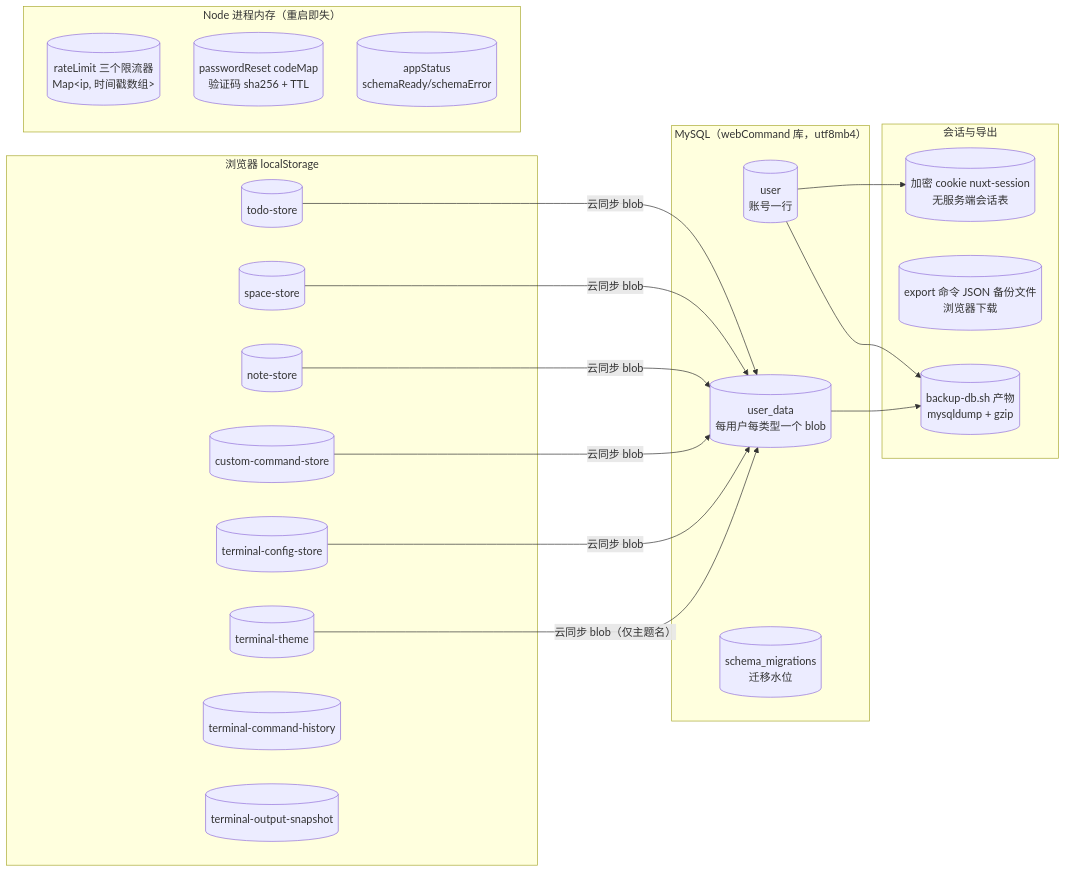
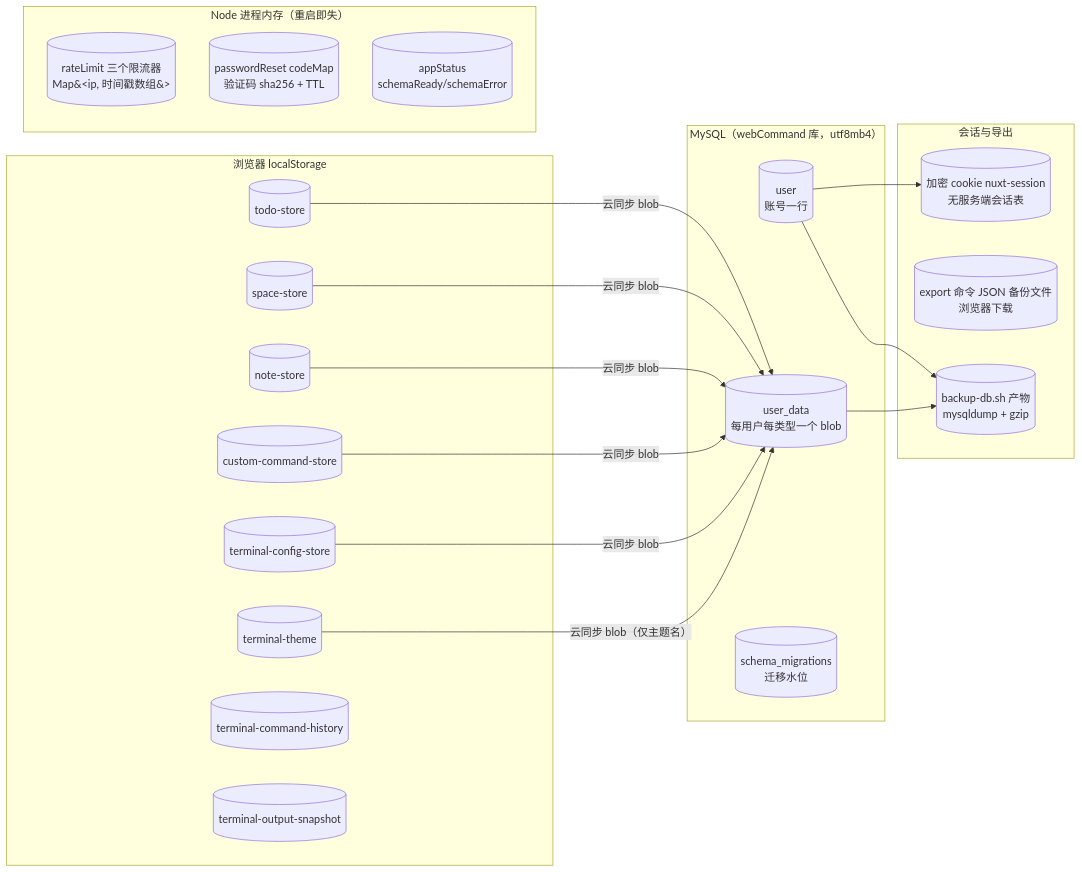
One commit to zhangzhengyang27/tech-codex changed the first of 3 diagrams in docs/13-项目文档/webCommand/04-数据模型.md. Above: the diagram before and after it, drawn with Mermaid. The commit also changed 195 other files, not shown here.

````diff
--- a/docs/13-项目文档/webCommand/04-数据模型.md
+++ b/docs/13-项目文档/webCommand/04-数据模型.md
@@ -15,37 +15,37 @@
 ```mermaid
 graph LR
     subgraph MySQL["MySQL（webCommand 库，utf8mb4）"]
         U[("user<br/>账号一行")]
         UD[("user_data<br/>每用户每类型一个 blob")]
         SM[("schema_migrations<br/>迁移水位")]
     end
     subgraph LS["浏览器 localStorage"]
         S1[("todo-store")]
         S2[("space-store")]
         S3[("note-store")]
         S4[("custom-command-store")]
         S5[("terminal-config-store")]
         S6[("terminal-theme")]
         H[("terminal-command-history")]
         SN[("terminal-output-snapshot")]
     end
     subgraph MEM["Node 进程内存（重启即失）"]
-        RL[("rateLimit 三个限流器<br/>Map&lt;ip, 时间戳数组&gt;")]
+        RL[("rateLimit 三个限流器<br/>Map&#60;ip, 时间戳数组&#62;")]
         PC[("passwordReset codeMap<br/>验证码 sha256 + TTL")]
         AS[("appStatus<br/>schemaReady/schemaError")]
     end
     subgraph CLIENT["会话与导出"]
         CK[("加密 cookie nuxt-session<br/>无服务端会话表")]
         BJ[("export 命令 JSON 备份文件<br/>浏览器下载")]
         DB[("backup-db.sh 产物<br/>mysqldump + gzip")]
     end
     S1 -- "云同步 blob" --> UD
     S2 -- "云同步 blob" --> UD
     S3 -- "云同步 blob" --> UD
     S4 -- "云同步 blob" --> UD
     S5 -- "云同步 blob" --> UD
     S6 -- "云同步 blob（仅主题名）" --> UD
     U --> CK
     U --> DB
     UD --> DB
 ```
````
